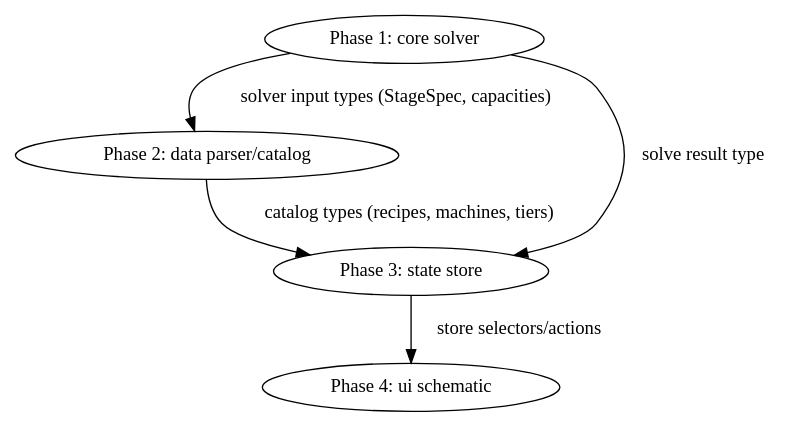
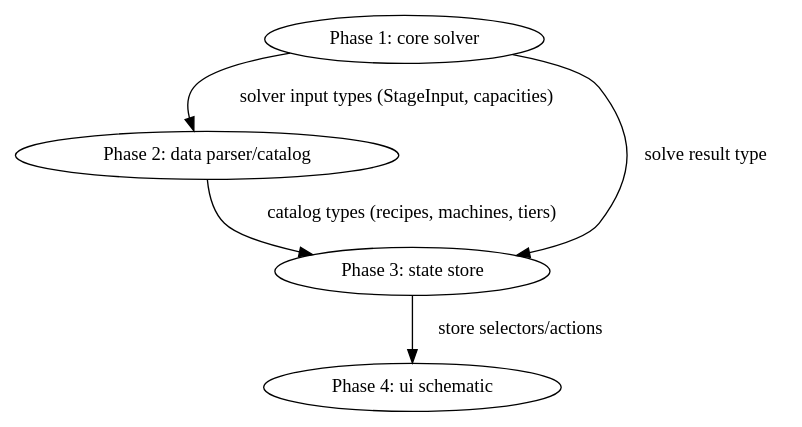
The diagram in features/manifold-visualizer/FEATURE.md (subzerodev/satisfactory-foundry), drawn with Graphviz before and after one commit. The commit also changed other lines of this file and 2 other files, not shown here.

First line of the commit message:
docs(phase-1): brainstorm frozen after 4-round all-Claude dual-review + simplify

````diff
--- a/features/manifold-visualizer/FEATURE.md
+++ b/features/manifold-visualizer/FEATURE.md
@@ -63,12 +65,12 @@
 ```dot
 digraph deps {
     phase1 [label="Phase 1: core solver"];
     phase2 [label="Phase 2: data parser/catalog"];
     phase3 [label="Phase 3: state store"];
     phase4 [label="Phase 4: ui schematic"];
-    phase1 -> phase2 [label="solver input types (StageSpec, capacities)"];
+    phase1 -> phase2 [label="solver input types (StageInput, capacities)"];
     phase1 -> phase3 [label="solve result type"];
     phase2 -> phase3 [label="catalog types (recipes, machines, tiers)"];
     phase3 -> phase4 [label="store selectors/actions"];
 }
 ```
````
